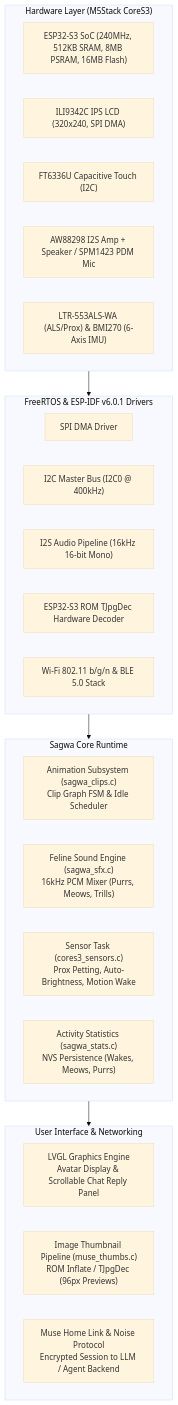
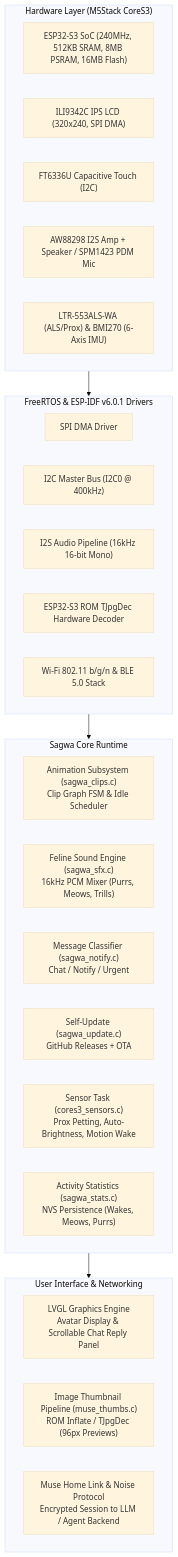
Before and after one commit to terrerovgh/sagwa: the first of 2 diagrams in ARCHITECTURE.md, drawn with Mermaid (base theme). The commit also changed other lines of this file and 36 other files, not shown here.

First line of the commit message:
feat: Cat sounds per message kind, mood-driven behaviour, self-update from GitHub

````diff
--- a/ARCHITECTURE.md
+++ b/ARCHITECTURE.md
@@ -9,35 +9,37 @@
 ```mermaid
 flowchart TD
     subgraph Hardware ["Hardware Layer (M5Stack CoreS3)"]
         ESP32S3["ESP32-S3 SoC (240MHz, 512KB SRAM, 8MB PSRAM, 16MB Flash)"]
         LCD["ILI9342C IPS LCD (320x240, SPI DMA)"]
         TOUCH["FT6336U Capacitive Touch (I2C)"]
         AUDIO["AW88298 I2S Amp + Speaker / SPM1423 PDM Mic"]
         SENSORS["LTR-553ALS-WA (ALS/Prox) & BMI270 (6-Axis IMU)"]
     end
 
     subgraph OS ["FreeRTOS & ESP-IDF v6.0.1 Drivers"]
         SPIDMA["SPI DMA Driver"]
         I2C["I2C Master Bus (I2C0 @ 400kHz)"]
         I2S["I2S Audio Pipeline (16kHz 16-bit Mono)"]
         ROMJPG["ESP32-S3 ROM TJpgDec Hardware Decoder"]
         WIFI_BLE["Wi-Fi 802.11 b/g/n & BLE 5.0 Stack"]
     end
 
     subgraph CoreEngine ["Sagwa Core Runtime"]
         ANIM["Animation Subsystem (sagwa_clips.c)\nClip Graph FSM & Idle Scheduler"]
         SFX["Feline Sound Engine (sagwa_sfx.c)\n16kHz PCM Mixer (Purrs, Meows, Trills)"]
+        NOTIFY["Message Classifier (sagwa_notify.c)\nChat / Notify / Urgent"]
+        UPDATE["Self-Update (sagwa_update.c)\nGitHub Releases + OTA"]
         SENS["Sensor Task (cores3_sensors.c)\nProx Petting, Auto-Brightness, Motion Wake"]
         STATS["Activity Statistics (sagwa_stats.c)\nNVS Persistence (Wakes, Meows, Purrs)"]
     end
 
     subgraph UI ["User Interface & Networking"]
         LVGL["LVGL Graphics Engine\nAvatar Display & Scrollable Chat Reply Panel"]
         THUMBS["Image Thumbnail Pipeline (muse_thumbs.c)\nROM Inflate / TJpgDec (96px Previews)"]
         LINK["Muse Home Link & Noise Protocol\nEncrypted Session to LLM / Agent Backend"]
     end
 
     Hardware --> OS
     OS --> CoreEngine
     CoreEngine --> UI
 ```
````
